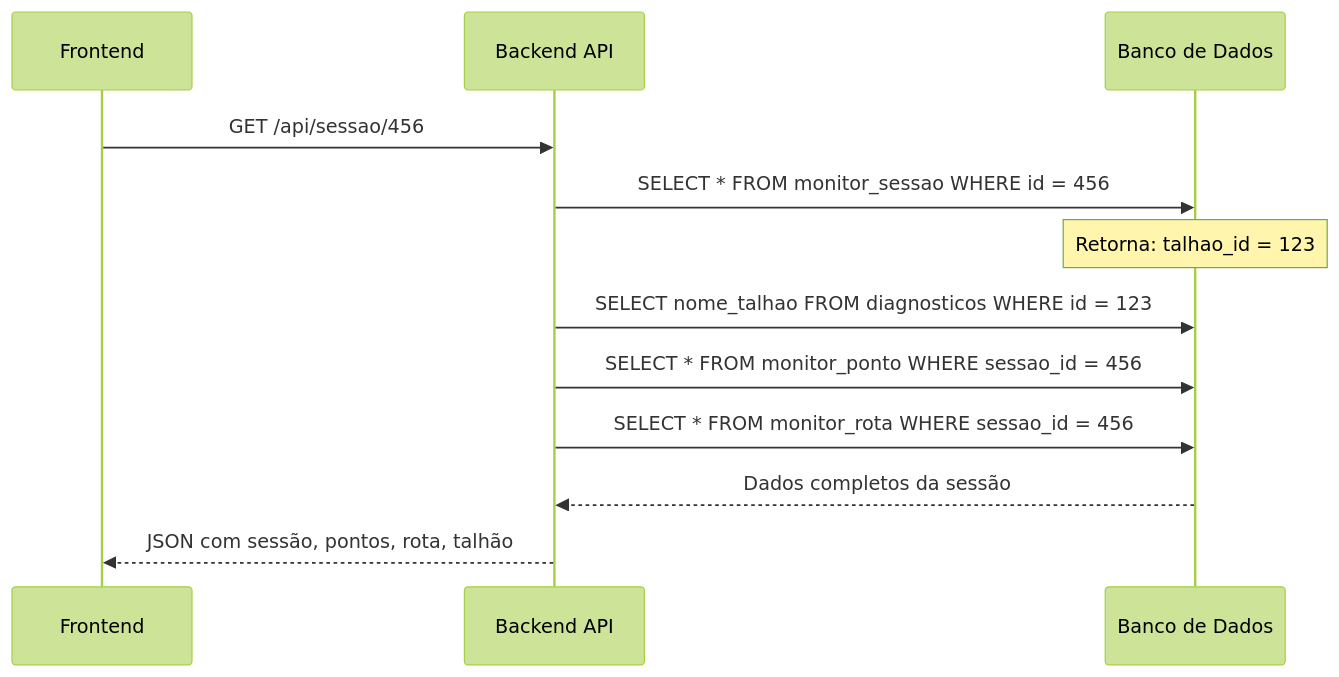
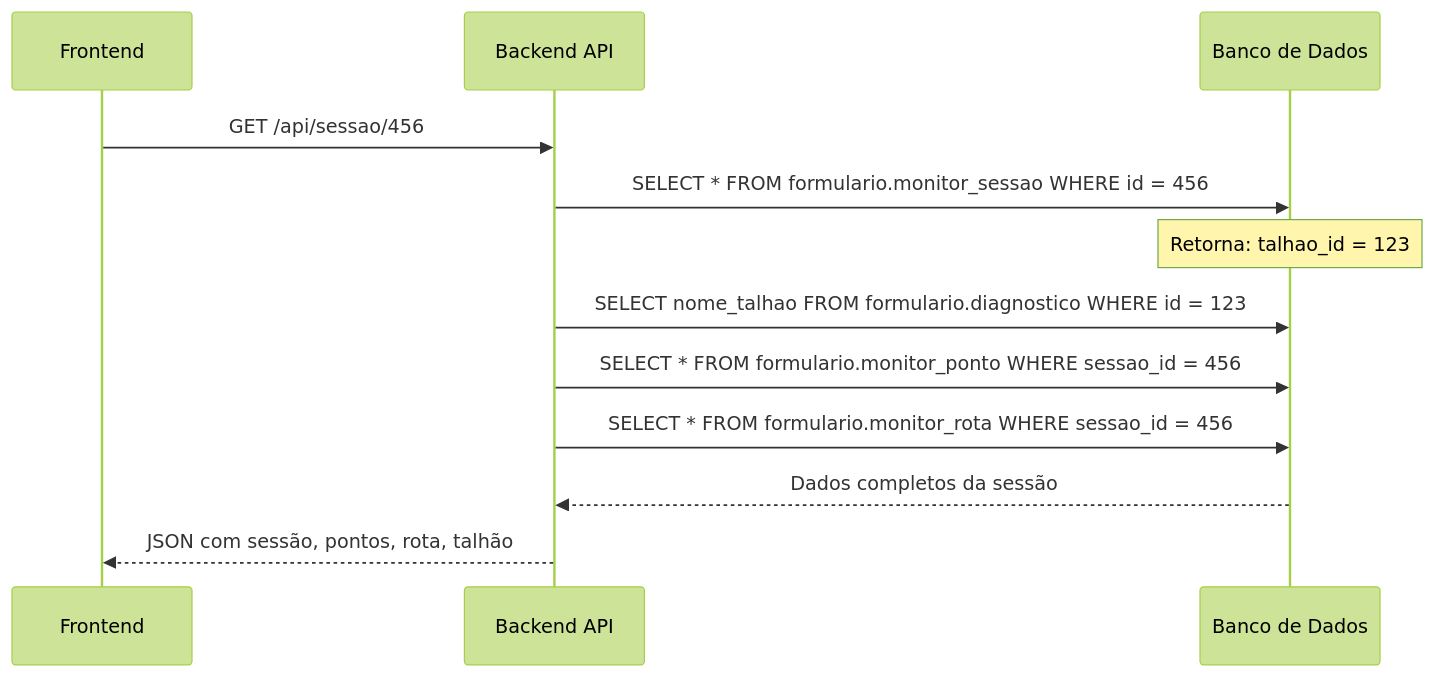
Before and after one commit to Sertan-AI/documentacao-ss-camada1: the third of 3 diagrams in docs_talhao_id.md, drawn with Mermaid (forest theme). The commit also changed other lines of this file and 1 other file, not shown here.

Commit message:
Correções em docs_talhao_id.md

````diff
--- a/docs_talhao_id.md
+++ b/docs_talhao_id.md
@@ -273,18 +269,18 @@
 ```mermaid
 sequenceDiagram
     participant F as Frontend
     participant API as Backend API
     participant DB as Banco de Dados
     
     F->>API: GET /api/sessao/456
     
-    API->>DB: SELECT * FROM monitor_sessao WHERE id = 456
+    API->>DB: SELECT * FROM formulario.monitor_sessao WHERE id = 456
     Note over DB: Retorna: talhao_id = 123
     
-    API->>DB: SELECT nome_talhao FROM diagnosticos WHERE id = 123
-    API->>DB: SELECT * FROM monitor_ponto WHERE sessao_id = 456
-    API->>DB: SELECT * FROM monitor_rota WHERE sessao_id = 456
+    API->>DB: SELECT nome_talhao FROM formulario.diagnostico WHERE id = 123
+    API->>DB: SELECT * FROM formulario.monitor_ponto WHERE sessao_id = 456
+    API->>DB: SELECT * FROM formulario.monitor_rota WHERE sessao_id = 456
     
     DB-->>API: Dados completos da sessão
     API-->>F: JSON com sessão, pontos, rota, talhão
 ```
````
